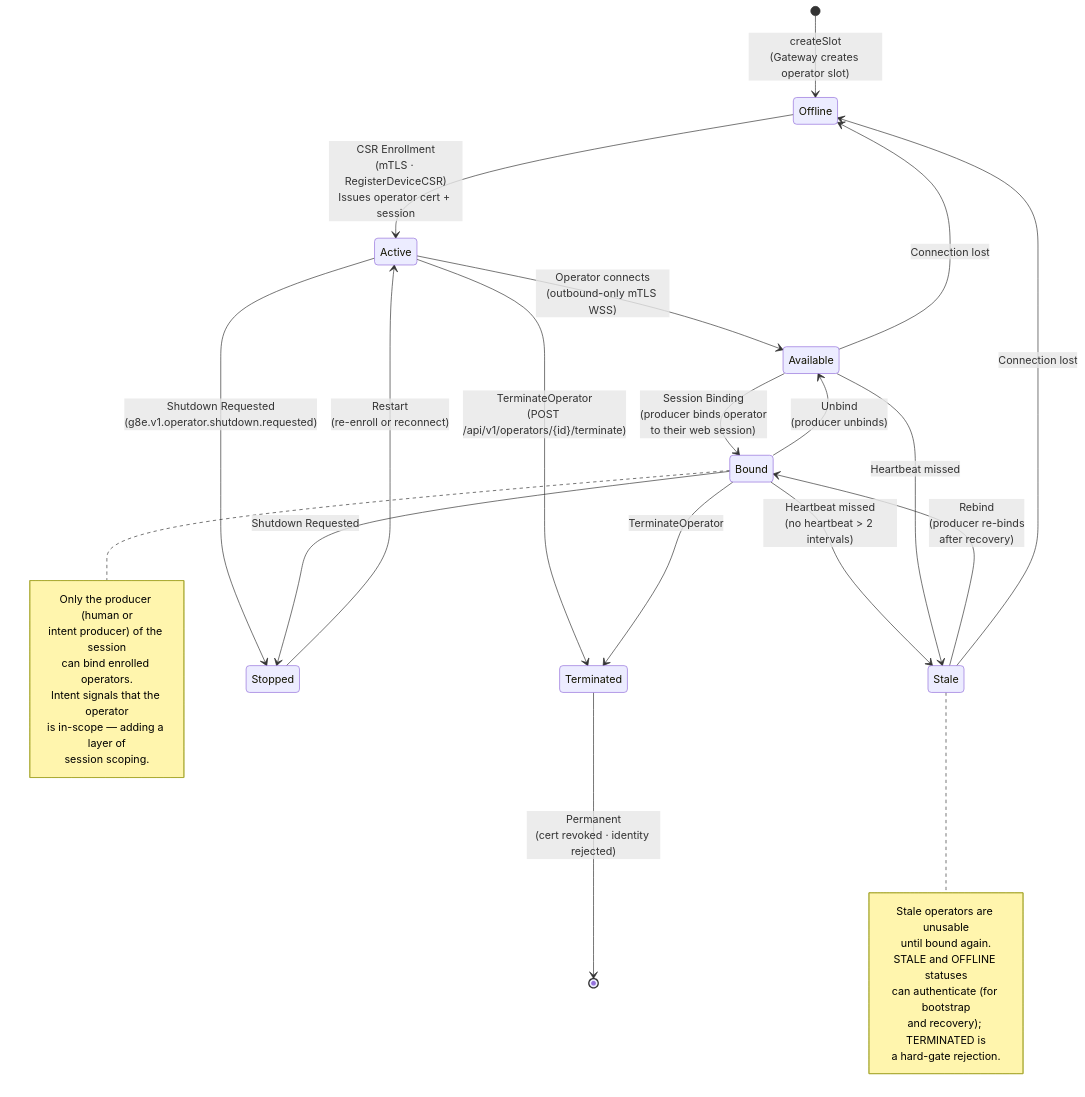
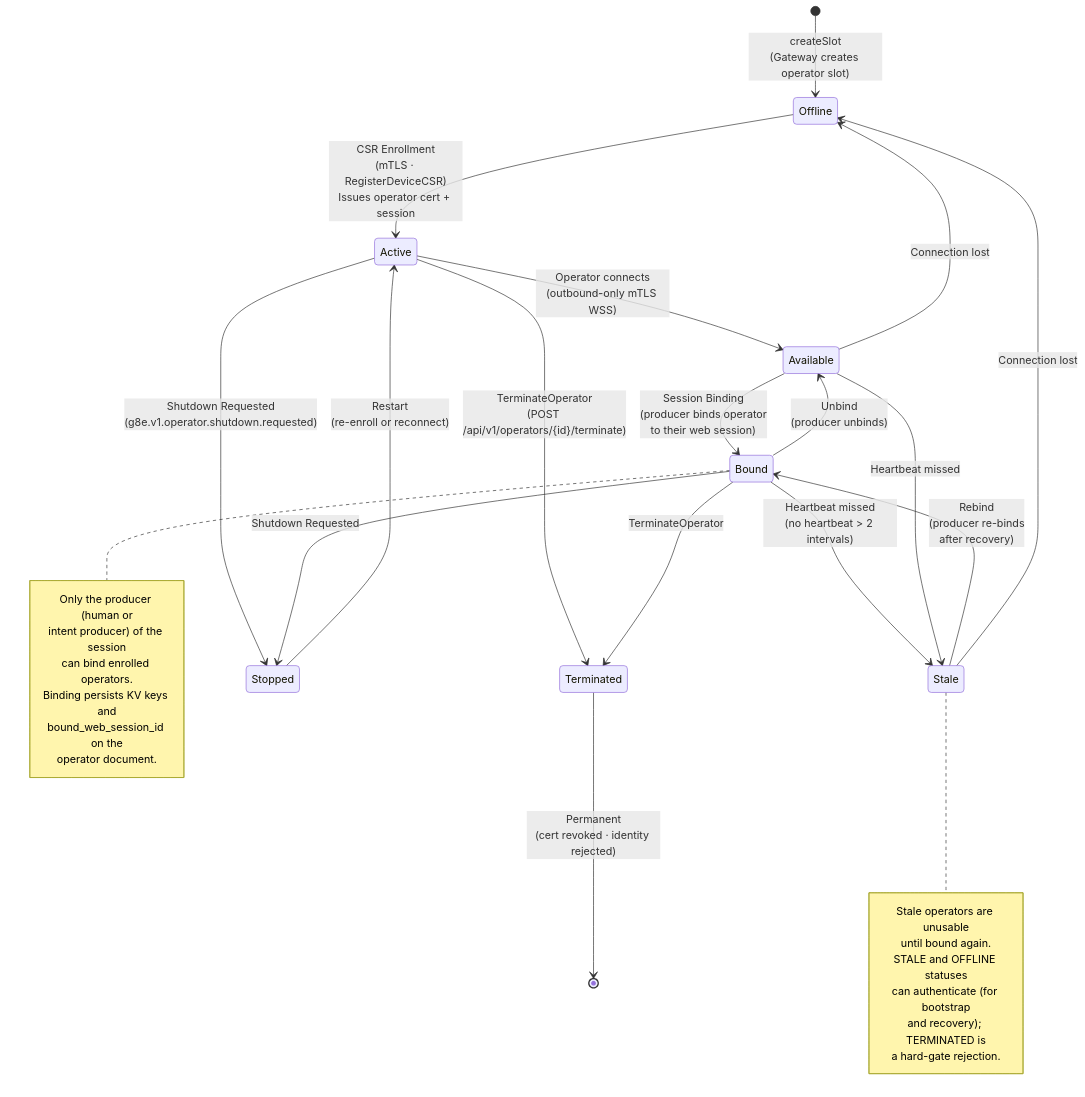
One commit to g8e-ai/g8e changed the diagram in docs/diagrams/graph-operator-lifecycle.md. Above: the diagram before and after it, drawn with Mermaid. The commit also changed other lines of this file and 1307 other files, not shown here.

````diff
--- a/docs/diagrams/graph-operator-lifecycle.md
+++ b/docs/diagrams/graph-operator-lifecycle.md
@@ -5,52 +5,52 @@
 ```mermaid
 stateDiagram-v2
     [*] --> Offline: createSlot<br/>(Gateway creates operator slot)
 
     Offline --> Active: CSR Enrollment<br/>(mTLS · RegisterDeviceCSR)<br/>Issues operator cert + session
 
     Active --> Available: Operator connects<br/>(outbound-only mTLS WSS)
 
     Available --> Bound: Session Binding<br/>(producer binds operator<br/>to their web session)
 
     Bound --> Available: Unbind<br/>(producer unbinds)
 
     Bound --> Stale: Heartbeat missed<br/>(no heartbeat > 2 intervals)
 
     Available --> Stale: Heartbeat missed
 
     Stale --> Bound: Rebind<br/>(producer re-binds<br/>after recovery)
 
     Stale --> Offline: Connection lost
 
     Active --> Stopped: Shutdown Requested<br/>(g8e.v1.operator.shutdown.requested)
 
     Bound --> Stopped: Shutdown Requested
 
     Stopped --> Active: Restart<br/>(re-enroll or reconnect)
 
     Available --> Offline: Connection lost
 
     Active --> Terminated: TerminateOperator<br/>(POST /api/v1/operators/{id}/terminate)
 
     Bound --> Terminated: TerminateOperator
 
     Terminated --> [*]: Permanent<br/>(cert revoked · identity rejected)
 
     note right of Bound
         Only the producer (human or
         intent producer) of the session
         can bind enrolled operators.
-        Intent signals that the operator
-        is in-scope — adding a layer of
-        session scoping.
+        Binding persists KV keys and
+        bound_web_session_id on the
+        operator document.
     end note
 
     note right of Stale
         Stale operators are unusable
         until bound again.
         STALE and OFFLINE statuses
         can authenticate (for bootstrap
         and recovery); TERMINATED is
         a hard-gate rejection.
     end note
 ```
````
